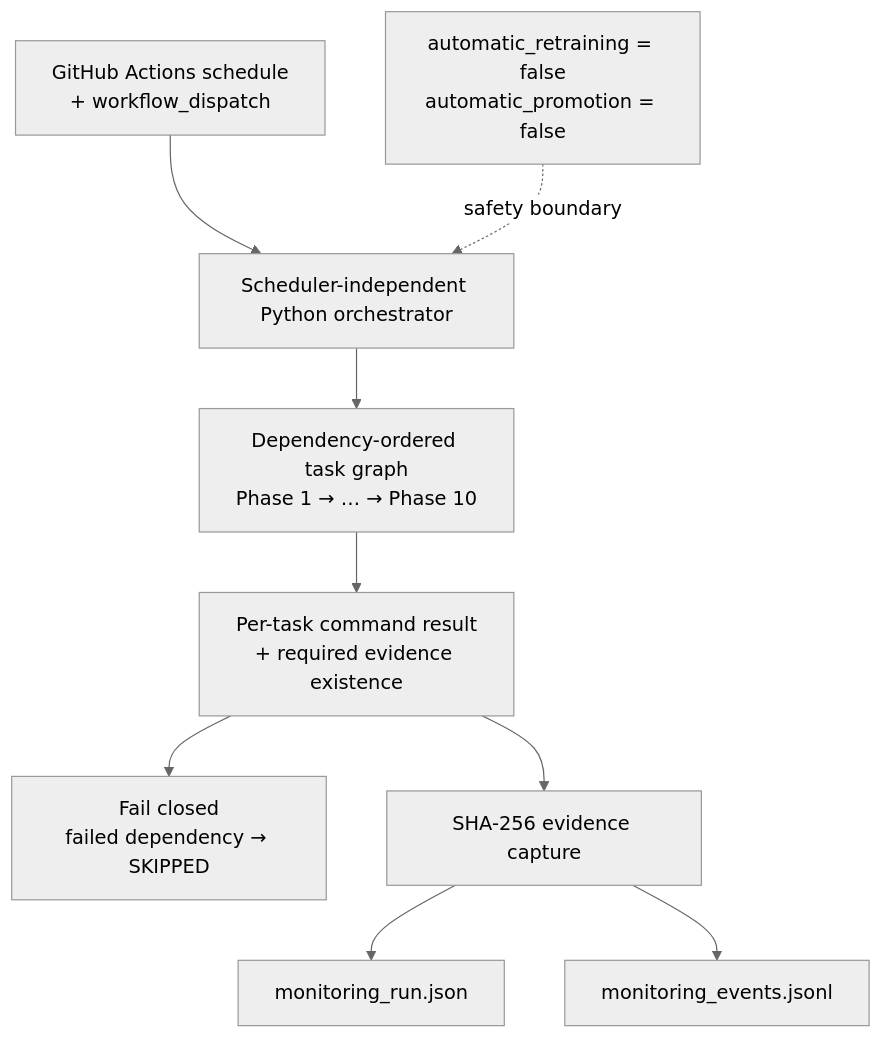
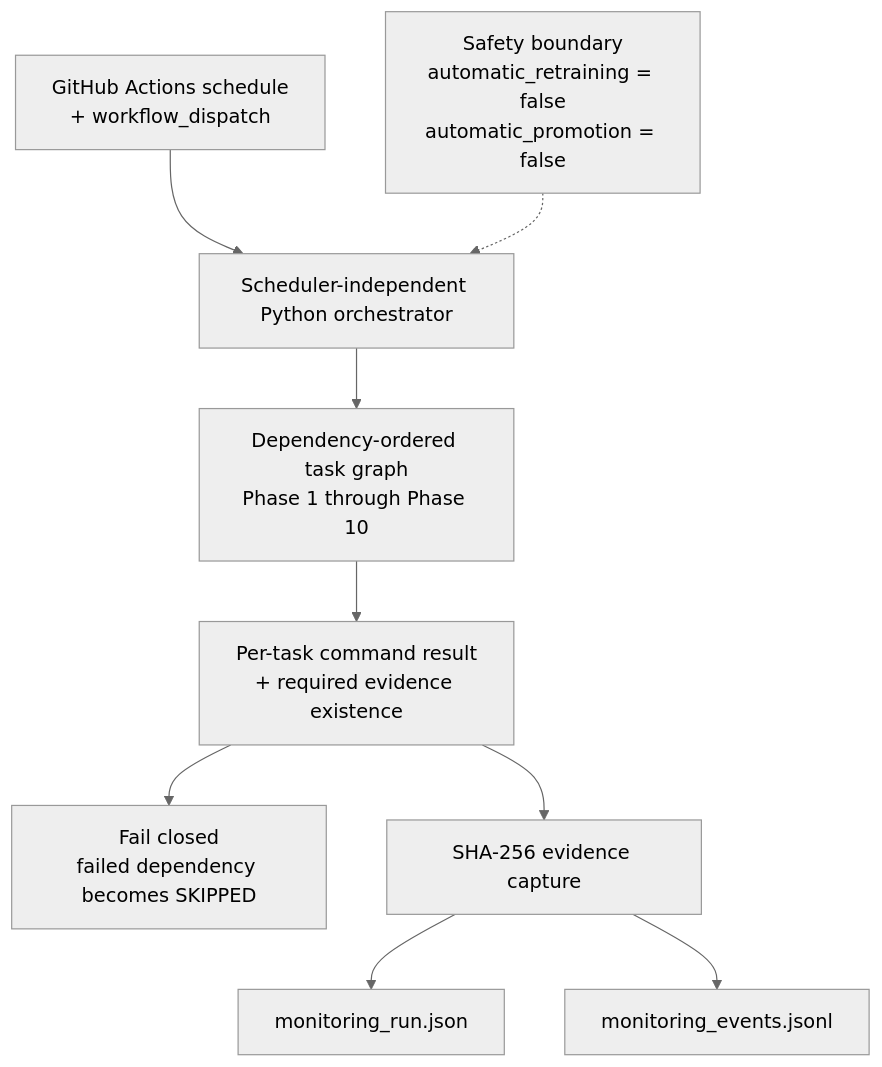
The diagram in docs/assets/diagrams/phase11-orchestration.mmd (Parmodk2310/CreditScorev4-ML-Governance), drawn with Mermaid (neutral theme) before and after one commit. The commit also changed 8 other files, not shown here.

Commit message:
fix: harden diagram and release metadata contracts

```diff
--- a/docs/assets/diagrams/phase11-orchestration.mmd
+++ b/docs/assets/diagrams/phase11-orchestration.mmd
@@ -1,9 +1,9 @@
 flowchart TB
-  A[GitHub Actions schedule\n+ workflow_dispatch] --> B[Scheduler-independent Python orchestrator]
-  B --> C[Dependency-ordered task graph\nPhase 1 → … → Phase 10]
-  C --> D[Per-task command result\n+ required evidence existence]
-  D --> E[Fail closed\nfailed dependency → SKIPPED]
-  D --> F[SHA-256 evidence capture]
-  F --> G[monitoring_run.json]
-  F --> H[monitoring_events.jsonl]
-  I[automatic_retraining = false\nautomatic_promotion = false] -. safety boundary .-> B
+  A["GitHub Actions schedule<br/>+ workflow_dispatch"] --> B["Scheduler-independent Python orchestrator"]
+  B --> C["Dependency-ordered task graph<br/>Phase 1 through Phase 10"]
+  C --> D["Per-task command result<br/>+ required evidence existence"]
+  D --> E["Fail closed<br/>failed dependency becomes SKIPPED"]
+  D --> F["SHA-256 evidence capture"]
+  F --> G["monitoring_run.json"]
+  F --> H["monitoring_events.jsonl"]
+  I["Safety boundary<br/>automatic_retraining = false<br/>automatic_promotion = false"] -.-> B
```
